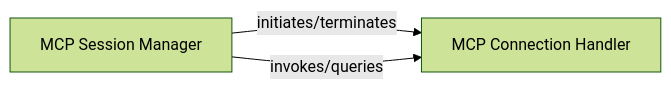
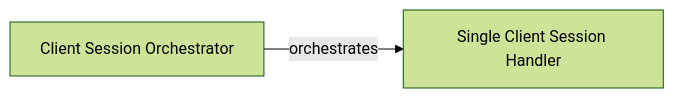
One commit to mcp-use/mcp-use changed the third of 8 diagrams in docs/development/architecture.mdx. Above: the diagram before and after it, drawn with Mermaid (forest theme). The commit also changed other lines of this file and 30 other files, not shown here.

First line of the commit message:
docs: update codeboarding documentation and generate architecture

````diff
--- a/docs/development/architecture.mdx
+++ b/docs/development/architecture.mdx
@@ -245,7 +139,6 @@
 ```mermaid
 graph LR
-    MCP_Session_Manager["MCP Session Manager"]
-    MCP_Connection_Handler["MCP Connection Handler"]
-    MCP_Session_Manager -- "initiates/terminates" --> MCP_Connection_Handler
-    MCP_Session_Manager -- "invokes/queries" --> MCP_Connection_Handler
+    Client_Session_Orchestrator["Client Session Orchestrator"]
+    Single_Client_Session_Handler["Single Client Session Handler"]
+    Client_Session_Orchestrator -- "orchestrates" --> Single_Client_Session_Handler
 ```
````
